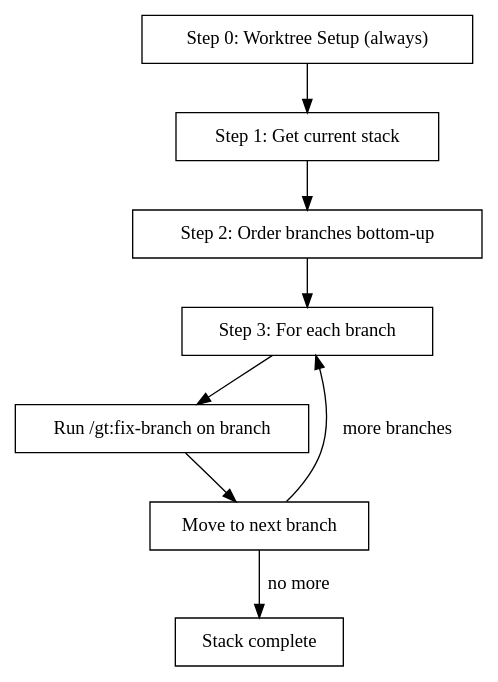
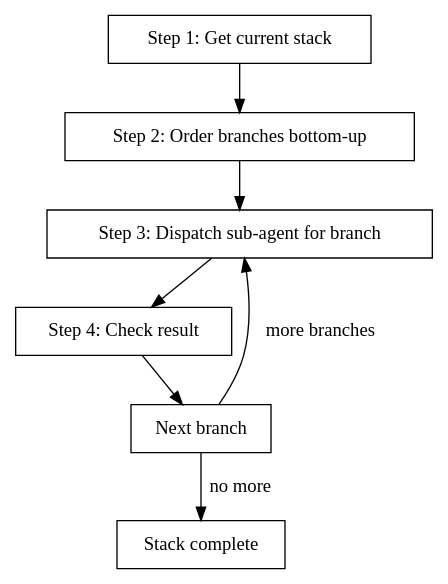
Before and after one commit to relh/metta: the diagram in docs/ai/daveey/skills/gt:fix-stack/SKILL.md, drawn with Graphviz. The commit also changed other lines of this file and 2 other files, not shown here.

````diff
--- a/docs/ai/daveey/skills/gt:fix-stack/SKILL.md
+++ b/docs/ai/daveey/skills/gt:fix-stack/SKILL.md
@@ -22,18 +38,17 @@
 ```dot
 digraph fix_stack {
   rankdir=TB;
   node [shape=box];
 
-  worktree_pref [label="Step 0: Worktree Setup (always)"];
   get_stack [label="Step 1: Get current stack"];
   order [label="Step 2: Order branches bottom-up"];
-  loop [label="Step 3: For each branch"];
-  fix_branch [label="Run /gt:fix-branch on branch"];
-  next [label="Move to next branch"];
+  dispatch [label="Step 3: Dispatch sub-agent for branch"];
+  check [label="Step 4: Check result"];
+  next [label="Next branch"];
   done [label="Stack complete"];
 
-  worktree_pref -> get_stack -> order -> loop -> fix_branch -> next;
-  next -> loop [label="more branches"];
+  get_stack -> order -> dispatch -> check -> next;
+  next -> dispatch [label="more branches"];
   next -> done [label="no more"];
 }
 ```
````
